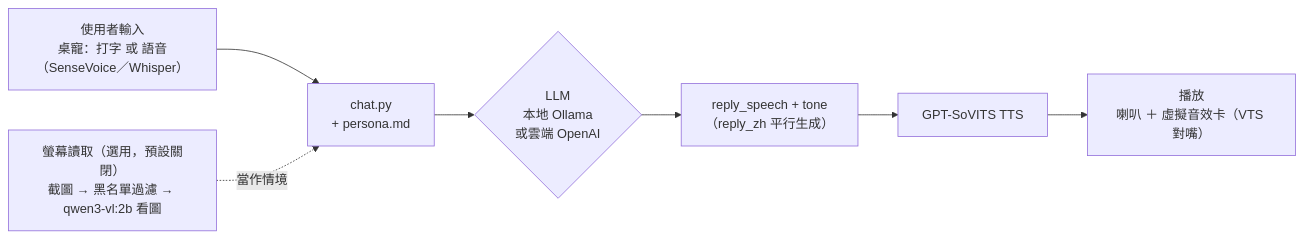
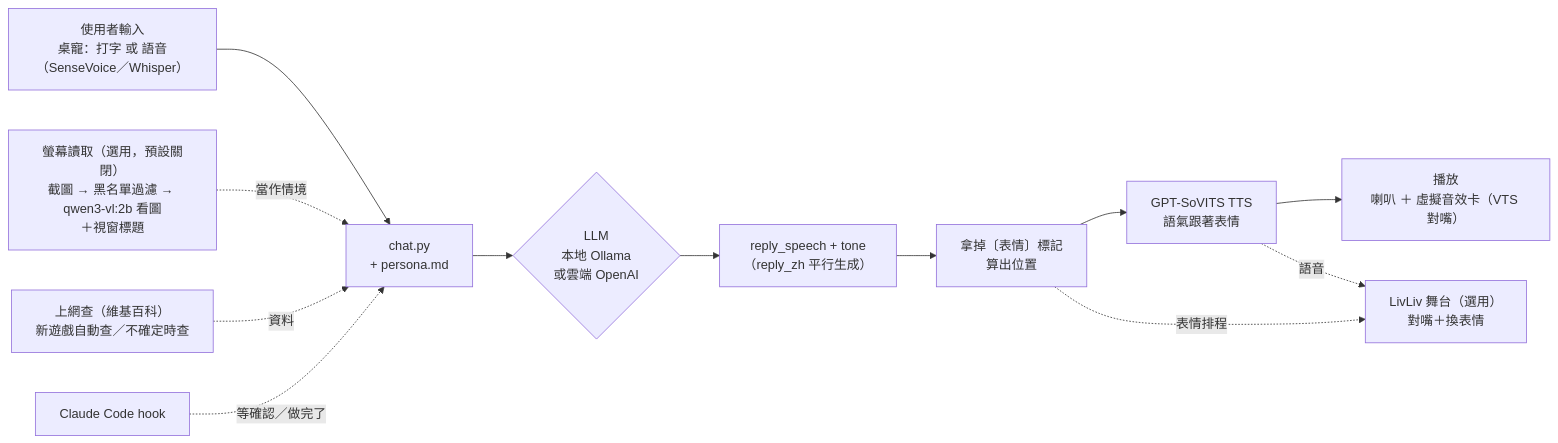
Before and after one commit to kukuo2510/llm-voice-chatbot: the diagram in README.md, drawn with Mermaid. The commit also changed other lines of this file, not shown here.

Commit message:
README：補上表情、上網查、人設說明，架構圖和參考資料

````diff
--- a/README.md
+++ b/README.md
@@ -34,10 +40,15 @@
 ```mermaid
 graph LR
     A["使用者輸入<br/>桌寵：打字 或 語音（SenseVoice／Whisper）"] --> B["chat.py<br/>+ persona.md"]
     B --> L{"LLM<br/>本地 Ollama<br/>或雲端 OpenAI"}
     L --> C["reply_speech + tone<br/>（reply_zh 平行生成）"]
-    C --> D["GPT-SoVITS TTS"]
+    C --> X["拿掉〔表情〕標記<br/>算出位置"]
+    X --> D["GPT-SoVITS TTS<br/>語氣跟著表情"]
     D --> E["播放<br/>喇叭 ＋ 虛擬音效卡（VTS 對嘴）"]
+    X -.->|表情排程| S["LivLiv 舞台（選用）<br/>對嘴＋換表情"]
+    D -.->|語音| S
 
-    W["螢幕讀取（選用，預設關閉）<br/>截圖 → 黑名單過濾 → qwen3-vl:2b 看圖"] -.->|當作情境| B
+    W["螢幕讀取（選用，預設關閉）<br/>截圖 → 黑名單過濾 → qwen3-vl:2b 看圖<br/>＋視窗標題"] -.->|當作情境| B
+    Q["上網查（維基百科）<br/>新遊戲自動查／不確定時查"] -.->|資料| B
+    H["Claude Code hook"] -.->|等確認／做完了| B
 ```
````
